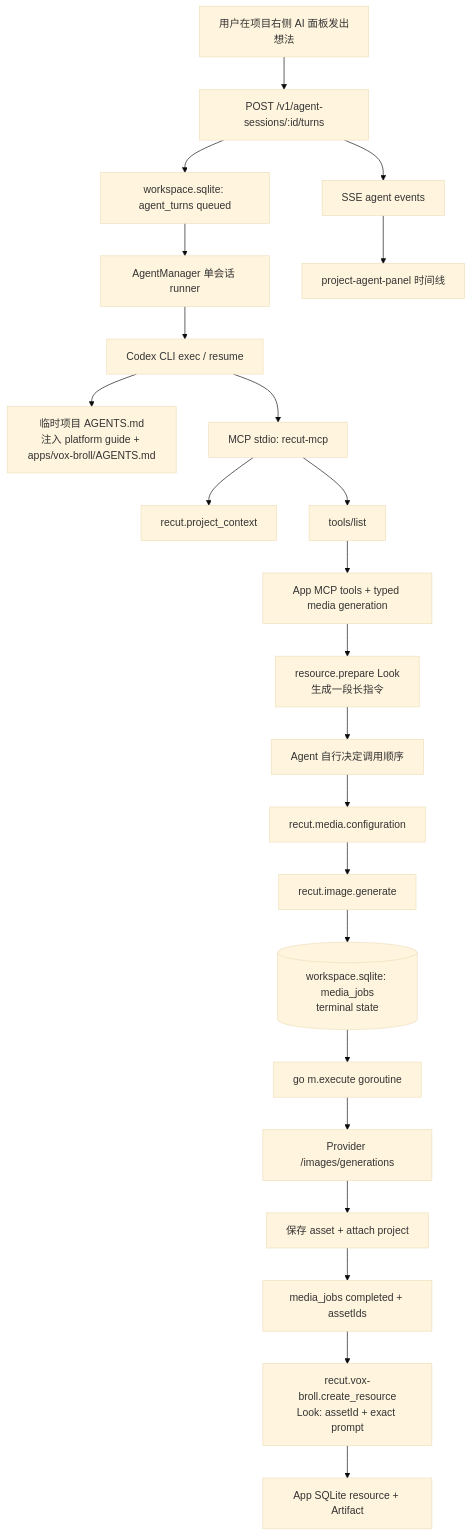
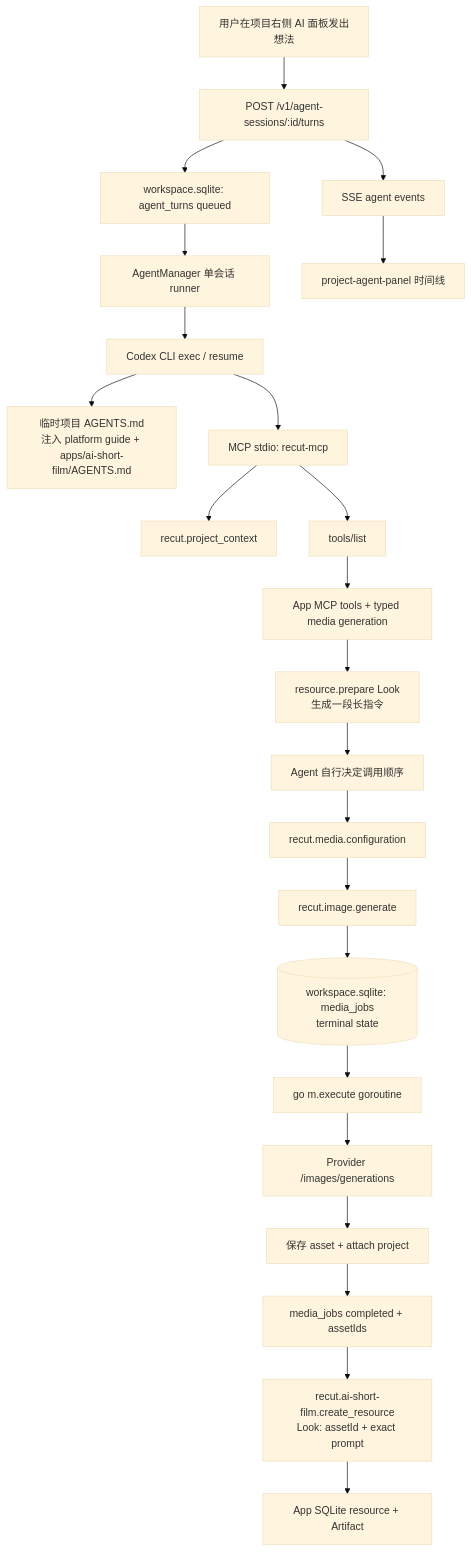
The first of 3 diagrams in dev/2026-07-27-broll-agent-current-flow.md (6174/recut), drawn with Mermaid (base theme) before and after one commit. The commit also changed other lines of this file and 33 other files, not shown here.

````diff
--- a/dev/2026-07-27-broll-agent-current-flow.md
+++ b/dev/2026-07-27-broll-agent-current-flow.md
@@ -24,25 +24,25 @@
 ```mermaid
 flowchart TD
   U[用户在项目右侧 AI 面板发出想法] --> H[POST /v1/agent-sessions/:id/turns]
   H --> Q[workspace.sqlite: agent_turns queued]
   Q --> R[AgentManager 单会话 runner]
   R --> C[Codex CLI exec / resume]
-  C --> G[临时项目 AGENTS.md\n注入 platform guide + apps/vox-broll/AGENTS.md]
+  C --> G[临时项目 AGENTS.md\n注入 platform guide + apps/ai-short-film/AGENTS.md]
   C --> M[MCP stdio: recut-mcp]
   M --> P[recut.project_context]
   M --> L[tools/list]
   L --> A[App MCP tools + typed media generation]
   A --> PR[resource.prepare Look\n生成一段长指令]
   PR --> I[Agent 自行决定调用顺序]
   I --> CFG[recut.media.configuration]
   CFG --> GEN[recut.image.generate]
   GEN --> J[(workspace.sqlite: media_jobs\nterminal state)]
   J --> W[go m.execute goroutine]
   W --> HTTP[Provider /images/generations]
   HTTP --> AS[保存 asset + attach project]
   AS --> DONE[media_jobs completed + assetIds]
-  DONE --> SAVE[recut.vox-broll.create_resource\nLook: assetId + exact prompt]
+  DONE --> SAVE[recut.ai-short-film.create_resource\nLook: assetId + exact prompt]
   SAVE --> ART[App SQLite resource + Artifact]
   H --> SSE[SSE agent events]
   SSE --> UI[project-agent-panel 时间线]
 ```
````
